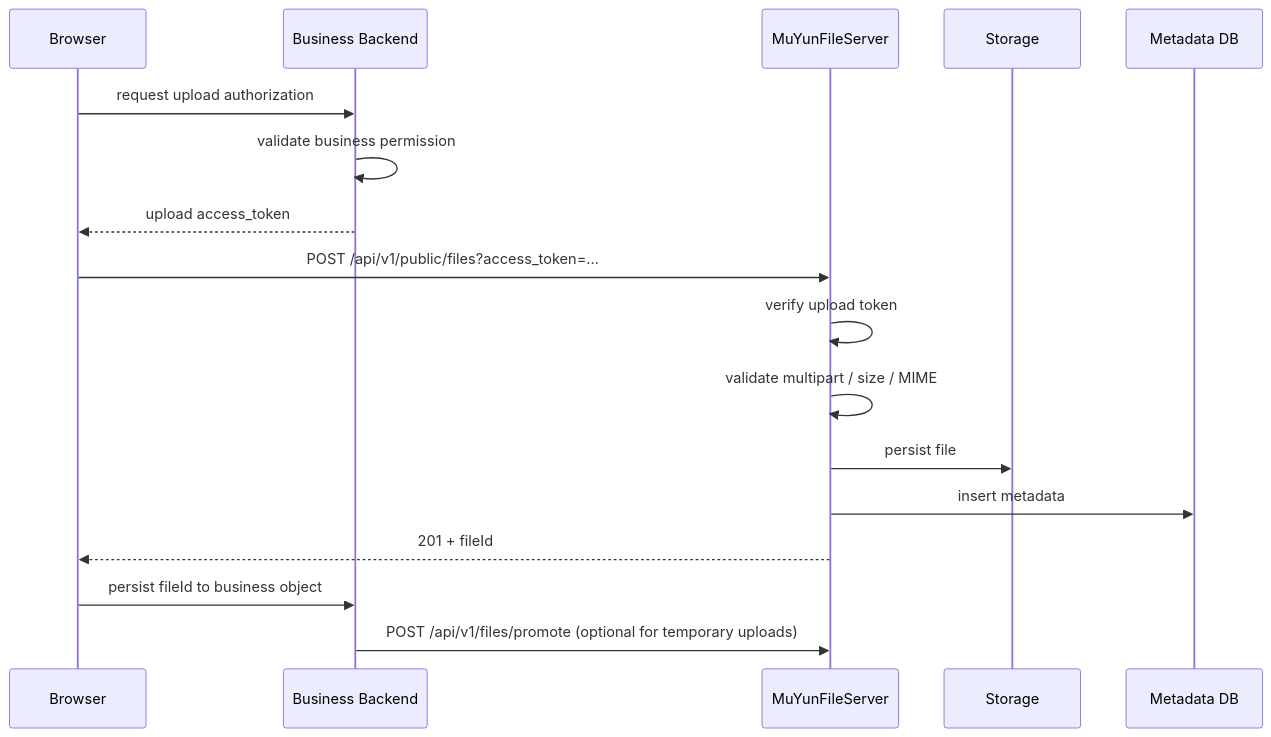
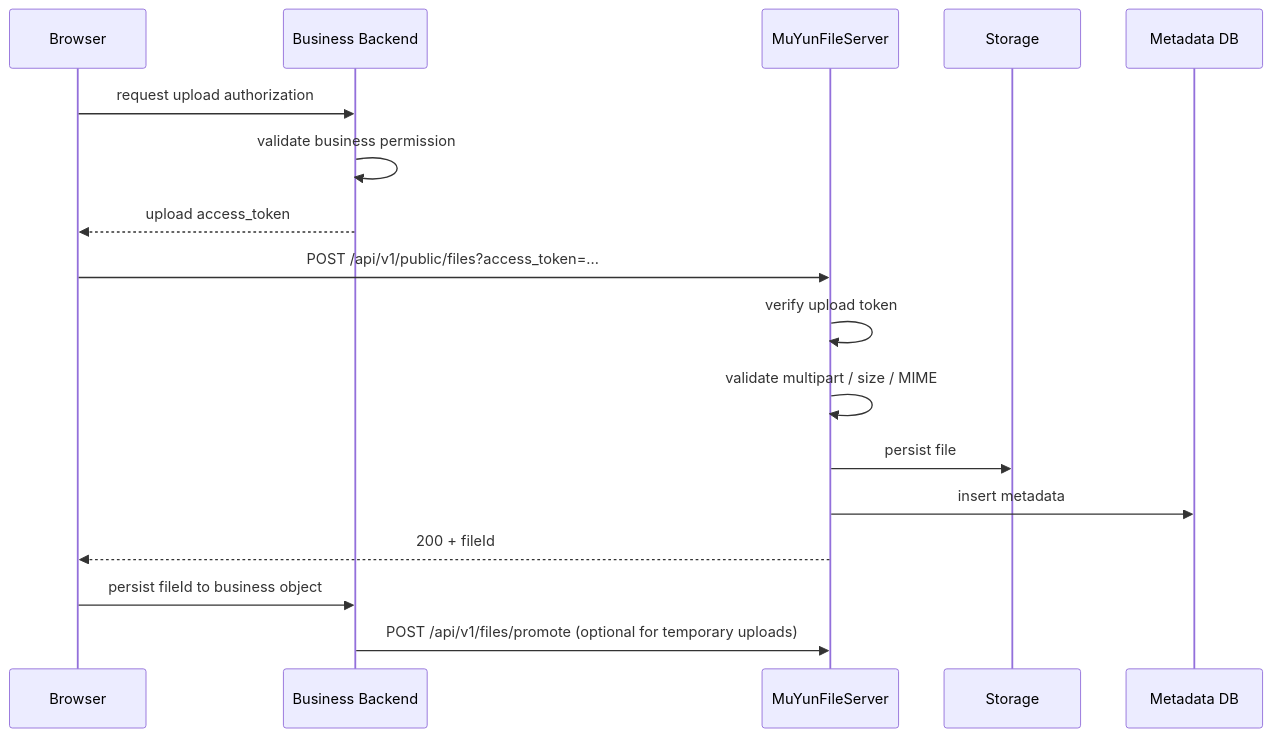
One commit to ximatai/MuYunFileserver changed the third of 5 diagrams in docs/design/server-integration.md. Above: the diagram before and after it, drawn with Mermaid. The commit also changed other lines of this file and 8 other files, not shown here.

````diff
--- a/docs/design/server-integration.md
+++ b/docs/design/server-integration.md
@@ -138,20 +138,20 @@
 ```mermaid
 sequenceDiagram
     participant U as Browser
     participant B as Business Backend
     participant F as MuYunFileServer
     participant S as Storage
     participant D as Metadata DB
 
     U->>B: request upload authorization
     B->>B: validate business permission
     B-->>U: upload access_token
     U->>F: POST /api/v1/public/files?access_token=...
     F->>F: verify upload token
     F->>F: validate multipart / size / MIME
     F->>S: persist file
     F->>D: insert metadata
-    F-->>U: 201 + fileId
+    F-->>U: 200 + fileId
     U->>B: persist fileId to business object
     B->>F: POST /api/v1/files/promote (optional for temporary uploads)
 ```
````
